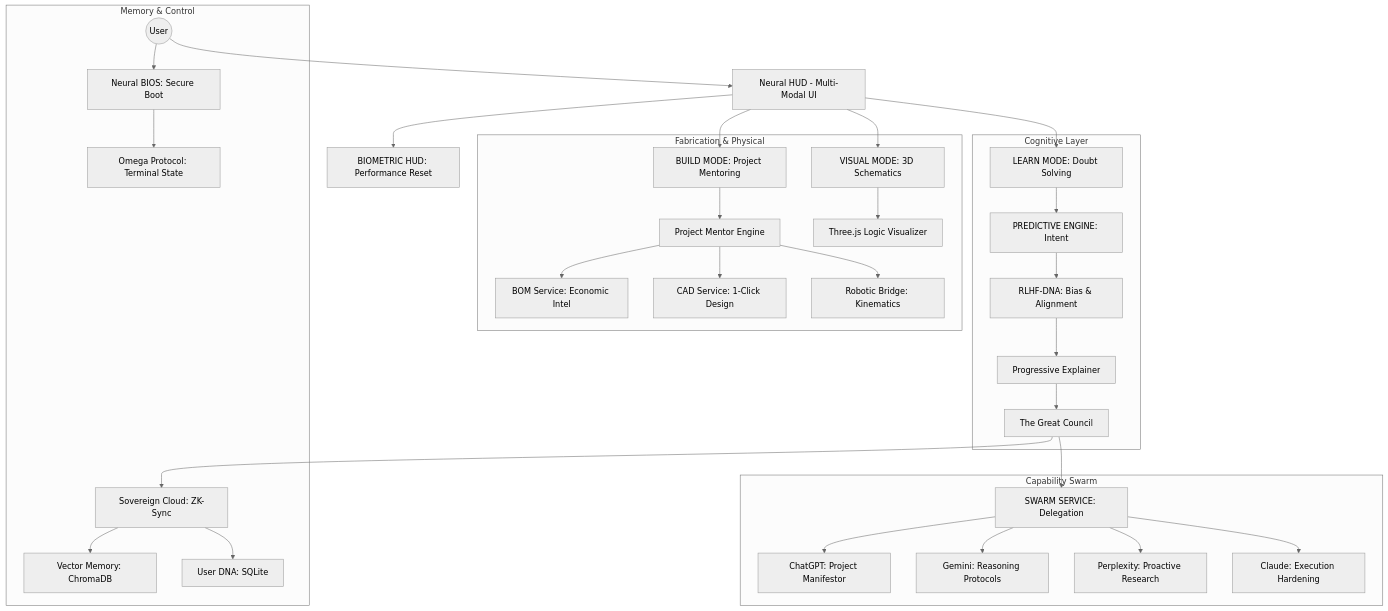
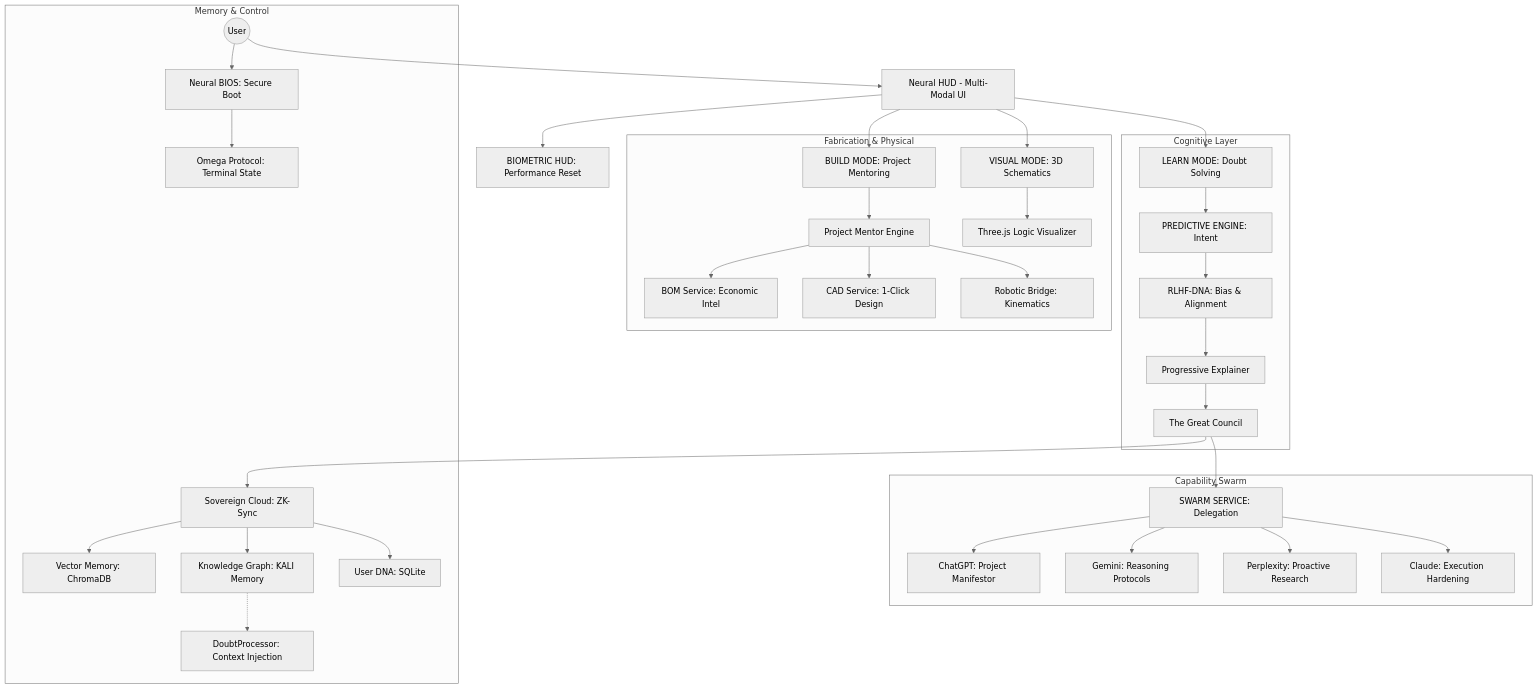
The diagram in README.md (Adityavanjre/Project-K), drawn with Mermaid (neutral theme) before and after one commit. The commit also changed other lines of this file and 128 other files, not shown here.

````diff
--- a/README.md
+++ b/README.md
@@ -60,39 +61,41 @@
 ```mermaid
 graph TD
     User((User)) --> NeuralHUD[Neural HUD - Multi-Modal UI]
     NeuralHUD --> Learn[LEARN MODE: Doubt Solving]
     NeuralHUD --> Visual[VISUAL MODE: 3D Schematics]
     NeuralHUD --> Build[BUILD MODE: Project Mentoring]
     NeuralHUD --> Bio[BIOMETRIC HUD: Performance Reset]
     
     subgraph Cognitive Layer
         Learn --> Predict[PREDICTIVE ENGINE: Intent]
         Predict --> RLHF[RLHF-DNA: Bias & Alignment]
         RLHF --> Explainer[Progressive Explainer]
         Explainer --> Council[The Great Council]
     end
 
     subgraph Capability Swarm
         Council --> Swarm[SWARM SERVICE: Delegation]
         Swarm --> GPT[ChatGPT: Project Manifestor]
         Swarm --> GEM[Gemini: Reasoning Protocols]
         Swarm --> PXP[Perplexity: Proactive Research]
         Swarm --> CLD[Claude: Execution Hardening]
     end
 
     subgraph Fabrication & Physical
         Build --> Mentor[Project Mentor Engine]
         Visual --> ThreeJS[Three.js Logic Visualizer]
         Mentor --> BOM[BOM Service: Economic Intel]
         Mentor --> CAD[CAD Service: 1-Click Design]
         Mentor --> Robotic[Robotic Bridge: Kinematics]
     end
     
     subgraph Memory & Control
         Council --> Cloud[Sovereign Cloud: ZK-Sync]
         Cloud --> Vector[Vector Memory: ChromaDB]
+        Cloud --> Graph[Knowledge Graph: KALI Memory]
         Cloud --> DNA[User DNA: SQLite]
+        Graph -.-> Doubt[DoubtProcessor: Context Injection]
         User --> BIOS[Neural BIOS: Secure Boot]
         BIOS --> Omega[Omega Protocol: Terminal State]
     end
 ```
````
